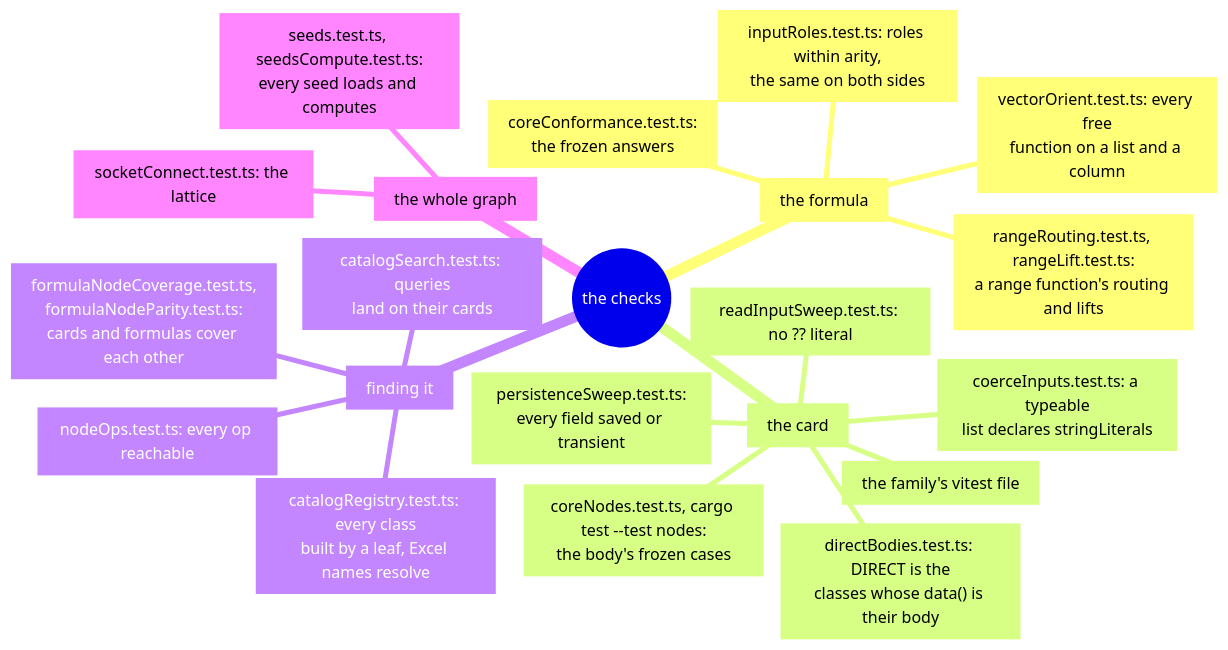
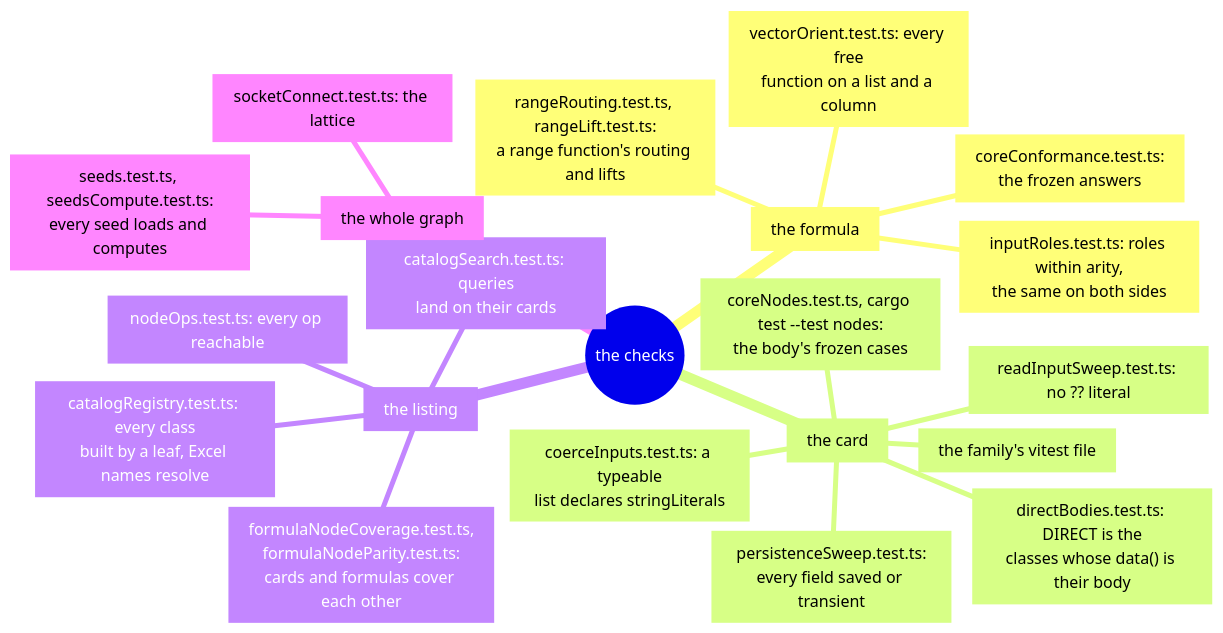
One commit to bubba8587/solenoid changed the third of 5 diagrams in tree/specs/floors/node-classes.md. Above: the diagram before and after it, drawn with Mermaid. The commit also changed other lines of this file and 33 other files, not shown here.

````diff
--- a/tree/specs/floors/node-classes.md
+++ b/tree/specs/floors/node-classes.md
@@ -94,24 +95,24 @@
 ```mermaid
 mindmap
   root(("the checks"))
     ["the formula"]
       ["rangeRouting.test.ts, rangeLift.test.ts:<br>a range function's routing and lifts"]
       ["vectorOrient.test.ts: every free<br>function on a list and a column"]
       ["inputRoles.test.ts: roles within arity,<br>the same on both sides"]
       ["coreConformance.test.ts:<br>the frozen answers"]
     ["the card"]
       ["the family's vitest file"]
       ["coreNodes.test.ts, cargo test --test nodes:<br>the body's frozen cases"]
       ["directBodies.test.ts: DIRECT is the<br>classes whose data() is their body"]
       ["persistenceSweep.test.ts:<br>every field saved or transient"]
       ["coerceInputs.test.ts: a typeable<br>list declares stringLiterals"]
       ["readInputSweep.test.ts: no ?? literal"]
-    ["finding it"]
+    ["the listing"]
       ["catalogRegistry.test.ts: every class<br>built by a leaf, Excel names resolve"]
       ["nodeOps.test.ts: every op reachable"]
       ["formulaNodeCoverage.test.ts,<br>formulaNodeParity.test.ts:<br>cards and formulas cover each other"]
       ["catalogSearch.test.ts: queries<br>land on their cards"]
     ["the whole graph"]
       ["socketConnect.test.ts: the lattice"]
       ["seeds.test.ts, seedsCompute.test.ts:<br>every seed loads and computes"]
 ```
````
